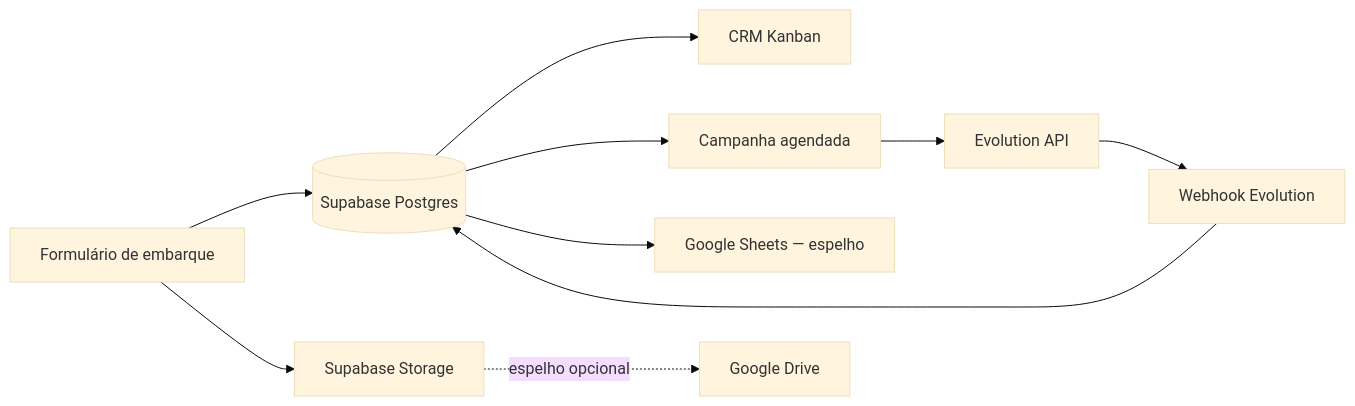
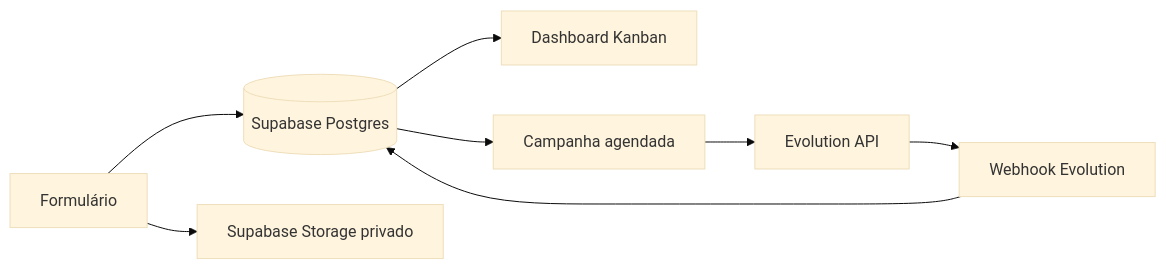
One commit to embarcompany/embardaily changed the diagram in docs/SUPABASE_SETUP.md. Above: the diagram before and after it, drawn with Mermaid (base theme). The commit also changed other lines of this file and 21 other files, not shown here.

Commit message:
refactor: make Supabase the only CRM data source

````diff
--- a/docs/SUPABASE_SETUP.md
+++ b/docs/SUPABASE_SETUP.md
@@ -7,12 +5,10 @@
 ```mermaid
 flowchart LR
-  F[Formulário de embarque] --> DB[(Supabase Postgres)]
-  F --> ST[Supabase Storage]
-  DB --> CRM[CRM Kanban]
-  DB --> Q[Campanha agendada]
-  Q --> EVO[Evolution API]
-  EVO --> WH[Webhook Evolution]
-  WH --> DB
-  DB --> GS[Google Sheets — espelho]
-  ST -. espelho opcional .-> GD[Google Drive]
+  F[Formulário] --> DB[(Supabase Postgres)]
+  F --> ST[Supabase Storage privado]
+  DB --> K[Dashboard Kanban]
+  DB --> C[Campanha agendada]
+  C --> E[Evolution API]
+  E --> W[Webhook Evolution]
+  W --> DB
 ```
````
